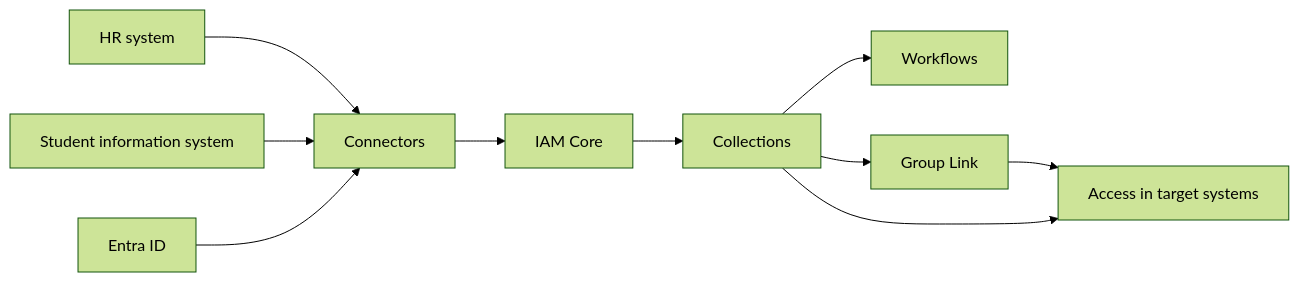
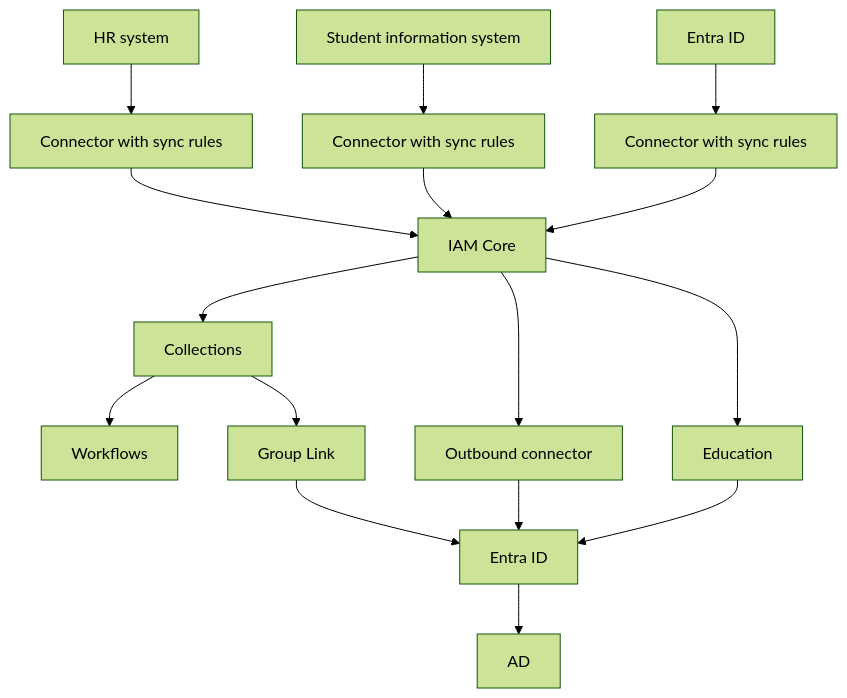
Before and after one commit to fortytwoservices/public-docs.fortytwo.io: the diagram in docs/identity-universe/index.md, drawn with Mermaid (forest theme). The commit also changed other lines of this file, not shown here.

Commit message:
Update texts

````diff
--- a/docs/identity-universe/index.md
+++ b/docs/identity-universe/index.md
@@ -19,12 +19,18 @@
 ```mermaid
-flowchart LR
-    A[HR system] --> C
-    B[Student information system] --> C
-    D[Entra ID] --> C
-    C[Connectors] --> E[IAM Core]
-    E --> F[Collections]
-    F --> G[Workflows]
-    F --> I[Group Link]
-    I --> H[Access in target systems]
-    F --> H
+flowchart TD
+    A[HR system] --> C1
+    B[Student information system] --> C2
+    D[Entra ID] --> C3
+    C1[Connector with sync rules] --> IAMCore[IAM Core]
+    C2[Connector with sync rules] --> IAMCore[IAM Core]
+    C3[Connector with sync rules] --> IAMCore[IAM Core]
+    IAMCore --> Collections[Collections]
+    Collections --> G[Workflows]
+    Collections --> I[Group Link]
+    I --> EntraID[Entra ID]
+    IAMCore --> OutboundConnector[Outbound connector]
+    OutboundConnector --> EntraID
+    EntraID --> AD[AD]
+    IAMCore --> Education[Education]
+    Education --> EntraID
 ```
````
